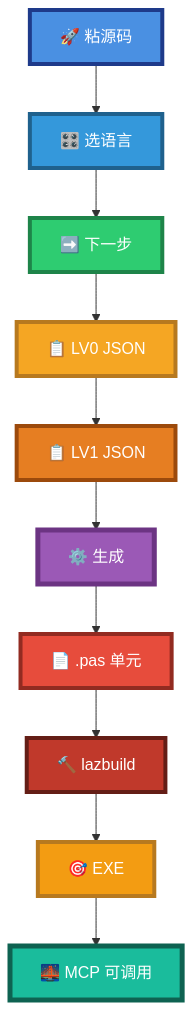
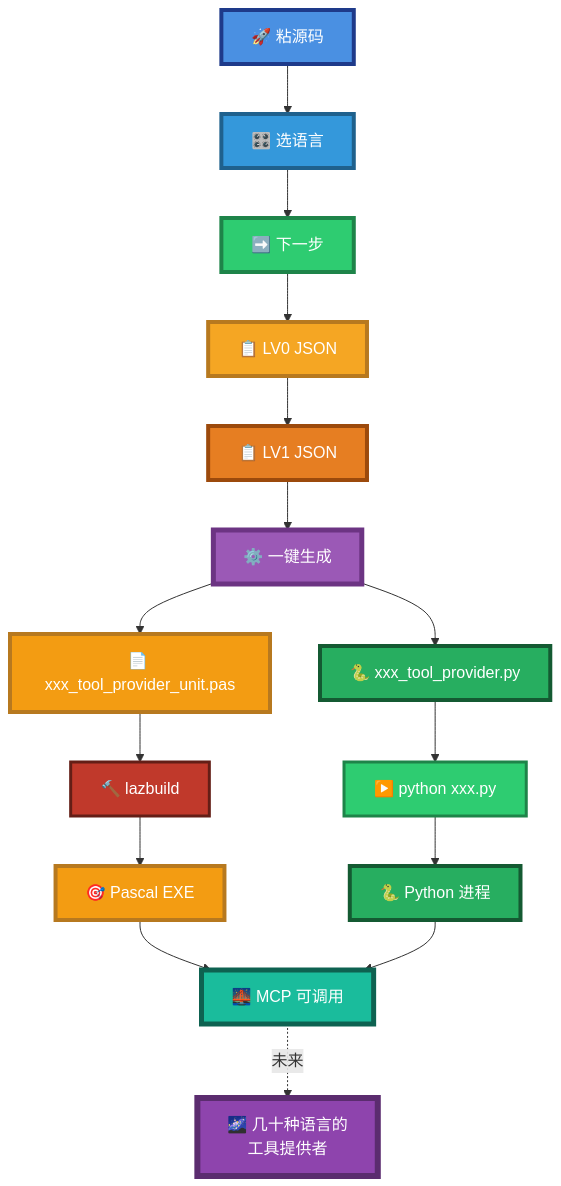
Diagram 46 of 46 in code_generate_mcp.md (PassByYou888/LingoFuse-pasAgent), drawn with Mermaid before and after one commit. The commit also changed other lines of this file, not shown here.

````diff
--- a/code_generate_mcp.md
+++ b/code_generate_mcp.md
@@ -919,23 +1466,32 @@
 ```mermaid
 flowchart TB
     START["🚀 粘源码"] --> SEL["🎛️ 选语言"]
     SEL --> NEXT["➡️ 下一步"]
     NEXT --> LV0["📋 LV0 JSON"]
     LV0 --> LV1["📋 LV1 JSON"]
-    LV1 --> GEN["⚙️ 生成"]
-    GEN --> PAS["📄 .pas 单元"]
+    LV1 --> GEN["⚙️ 一键生成"]
+    GEN --> PAS["📄 xxx_tool_provider_unit.pas"]
+    GEN --> PY["🐍 xxx_tool_provider.py"]
     PAS --> BUILD["🔨 lazbuild"]
-    BUILD --> EXE["🎯 EXE"]
-    EXE --> MCP["🌉 MCP 可调用"]
+    BUILD --> EXEP["🎯 Pascal EXE"]
+    PY --> RUN["▶️ python xxx.py"]
+    RUN --> EXEPy["🐍 Python 进程"]
+    EXEP --> MCP["🌉 MCP 可调用"]
+    EXEPy --> MCP
+    MCP -.->|"未来"| FUTURE["🌌 几十种语言的<br/>工具提供者"]
 
     style START fill:#4A90E2,stroke:#1E3A8A,stroke-width:4px,color:#FFFFFF
     style SEL fill:#3498DB,stroke:#1F618D,stroke-width:4px,color:#FFFFFF
     style NEXT fill:#2ECC71,stroke:#1E8449,stroke-width:4px,color:#FFFFFF
     style LV0 fill:#F5A623,stroke:#B7791F,stroke-width:4px,color:#FFFFFF
     style LV1 fill:#E67E22,stroke:#9C4A0C,stroke-width:4px,color:#FFFFFF
     style GEN fill:#9B59B6,stroke:#6C3483,stroke-width:5px,color:#FFFFFF
-    style PAS fill:#E74C3C,stroke:#922B21,stroke-width:4px,color:#FFFFFF
-    style BUILD fill:#C0392B,stroke:#641E16,stroke-width:4px,color:#FFFFFF
-    style EXE fill:#F39C12,stroke:#B7791F,stroke-width:4px,color:#FFFFFF
+    style PAS fill:#F39C12,stroke:#B7791F,stroke-width:4px,color:#FFFFFF
+    style PY fill:#27AE60,stroke:#145A32,stroke-width:4px,color:#FFFFFF
+    style BUILD fill:#C0392B,stroke:#641E16,stroke-width:3px,color:#FFFFFF
+    style RUN fill:#2ECC71,stroke:#1E8449,stroke-width:3px,color:#FFFFFF
+    style EXEP fill:#F39C12,stroke:#B7791F,stroke-width:4px,color:#FFFFFF
+    style EXEPy fill:#27AE60,stroke:#145A32,stroke-width:4px,color:#FFFFFF
     style MCP fill:#1ABC9C,stroke:#0E6251,stroke-width:5px,color:#FFFFFF
+    style FUTURE fill:#8E44AD,stroke:#5B2C6F,stroke-width:6px,color:#FFFFFF
 ```
````
